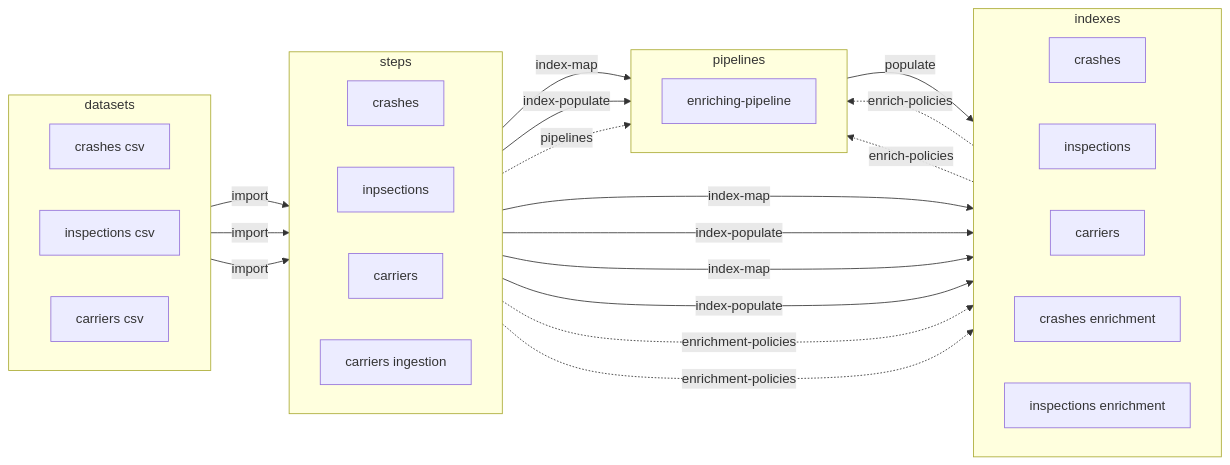
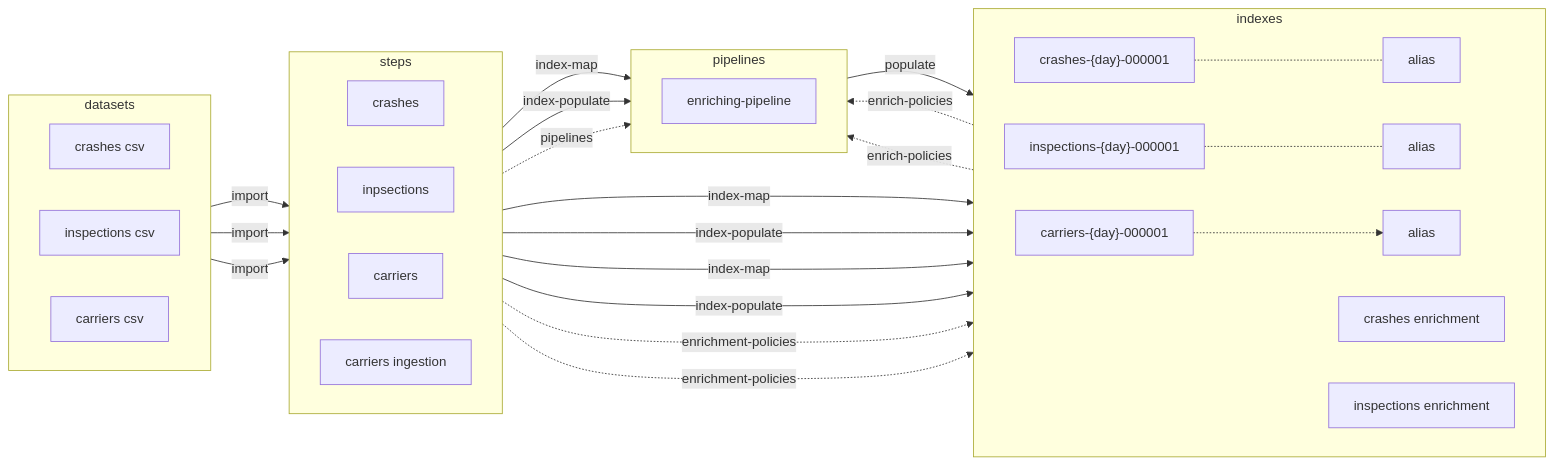
The second of 2 diagrams in DOT-Commercial/README.md (freemansoft/entitopia), drawn with Mermaid before and after one commit. The commit also changed other lines of this file and 1 other file, not shown here.

````diff
--- a/DOT-Commercial/README.md
+++ b/DOT-Commercial/README.md
@@ -36,54 +42,54 @@
 ```mermaid
 flowchart LR
     subgraph steps
         direction LR
         crashes-step[crashes]
         inspections-step[inpsections]
         carriers-step[carriers]
         carriers-ingestion-step[carriers ingestion]
     end
 
     subgraph indexes
         direction LR
-        crashes-index[crashes]
-        inspections-index[inspections]
-        carriers-index[carriers]
+        crashes-index["crashes-{day}-000001"] -..- crashes-alias[alias]
+        inspections-index["inspections-{day}-000001"] -..- inspections-alias[alias]
+        carriers-index["carriers-{day}-000001"] -..-> carriers-alias[alias]
 
         crashes-enrichment-index[crashes enrichment]
         inspections-enrichment-index[inspections enrichment]
     end
 
     subgraph datasets
         direction LR
         crashes-csv[crashes csv]
         inspections-csv[inspections csv]
         carriers-csv[carriers csv]
     end
 
     subgraph pipelines
         direction LR
         enriching-pipeline
     end
 
     crashes-step -->|index-map| crashes-index
     crashes-step -->|index-populate| crashes-index
     inspections-step -->|index-map| inspections-index
     inspections-step -->|index-populate | inspections-index
     carriers-step --> | index-map | enriching-pipeline
     carriers-step --> | index-populate| enriching-pipeline
 
     crashes-csv-->|import| crashes-step
     inspections-csv -->|import| inspections-step
     carriers-csv -->|import| carriers-step
 
     crashes-enrichment-index -.->|enrich-policies| enriching-pipeline
     inspections-enrichment-index -.->|enrich-policies| enriching-pipeline
     enriching-pipeline -->|populate| carriers-index
 
 
     carriers-ingestion-step -.->|enrichment-policies| crashes-enrichment-index
     carriers-ingestion-step -.->|enrichment-policies| inspections-enrichment-index
     carriers-ingestion-step -.->|pipelines| enriching-pipeline
 
 
 ```
````
